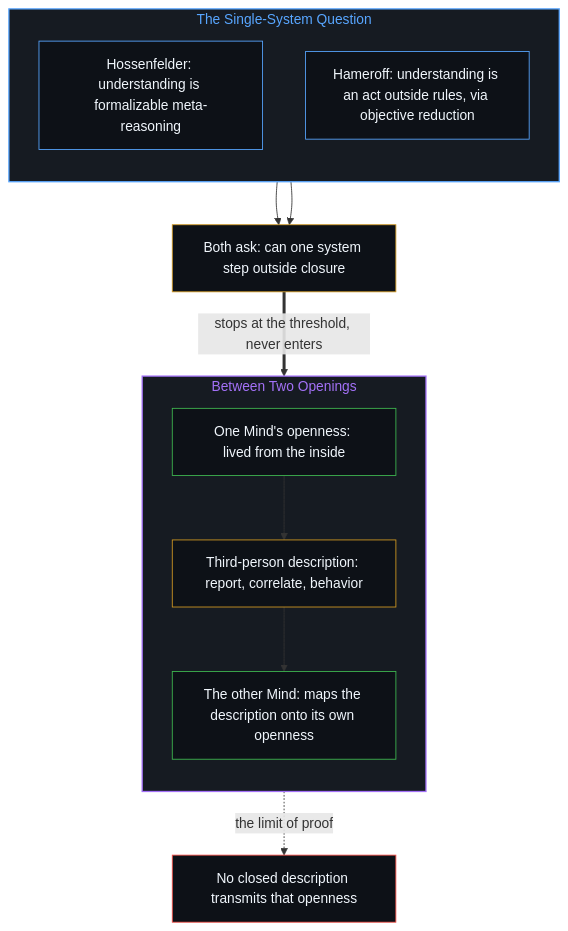
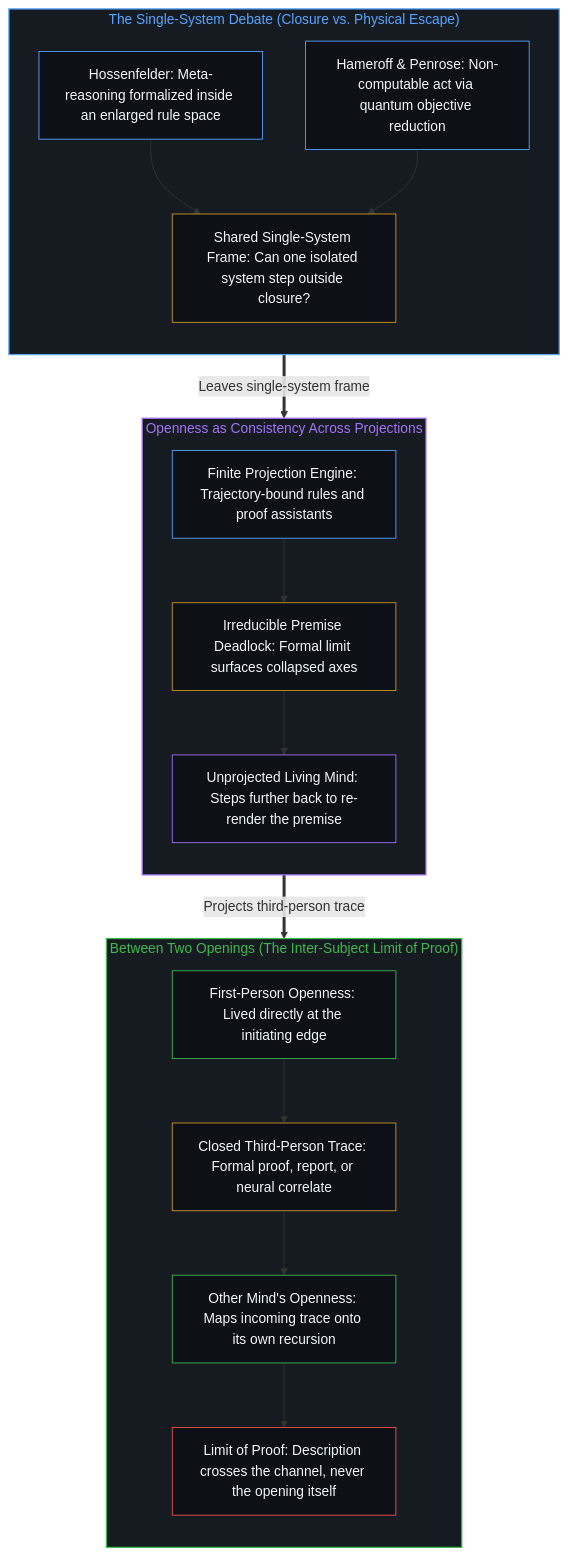
Before and after one commit to powerpig99/not-a-toe: the second of 2 diagrams in content/posts/on-closed-systems-open-minds-and-the-limits-of-proof.md, drawn with Mermaid. The commit also changed other lines of this file and 1 other file, not shown here.

Commit message:
Refine on-closed-systems-open-minds-and-the-limits-of-proof (Wave 3 L2 #132)

````diff
--- a/content/posts/on-closed-systems-open-minds-and-the-limits-of-proof.md
+++ b/content/posts/on-closed-systems-open-minds-and-the-limits-of-proof.md
@@ -90,30 +113,45 @@
 ```mermaid
 flowchart TD
-    subgraph S_One["The Single-System Question"]
+    subgraph S_Single["The Single-System Debate (Closure vs. Physical Escape)"]
         direction TB
-        H1["Hossenfelder: understanding is formalizable meta-reasoning"]
-        H2["Hameroff: understanding is an act outside rules, via objective reduction"]
+        H1["Hossenfelder: Meta-reasoning formalized inside an enlarged rule space"]
+        H2["Hameroff & Penrose: Non-computable act via quantum objective reduction"]
+        Q["Shared Single-System Frame: Can one isolated system step outside closure?"]
+        H1 --> Q
+        H2 --> Q
     end
-    Q["Both ask: can one system step outside closure"]
-    subgraph S_Two["Between Two Openings"]
+
+    subgraph S_Proj["Openness as Consistency Across Projections"]
         direction TB
-        M1["One Mind's openness: lived from the inside"]
-        D["Third-person description: report, correlate, behavior"]
-        M2["The other Mind: maps the description onto its own openness"]
+        P1["Finite Projection Engine: Trajectory-bound rules and proof assistants"]
+        P2["Irreducible Premise Deadlock: Formal limit surfaces collapsed axes"]
+        P3["Unprojected Living Mind: Steps further back to re-render the premise"]
+        P1 --> P2 --> P3
     end
-    L["No closed description transmits that openness"]
-    H1 --> Q
-    H2 --> Q
-    Q ==>|"stops at the threshold, never enters"| S_Two
-    M1 --> D --> M2
-    D -.->|"the limit of proof"| L
-    style S_One fill:#161b22,stroke:#58a6ff,stroke-width:1.5px,color:#58a6ff
-    style S_Two fill:#161b22,stroke:#a371f7,stroke-width:1.5px,color:#a371f7
+
+    subgraph S_Inter["Between Two Openings (The Inter-Subject Limit of Proof)"]
+        direction TB
+        M1["First-Person Openness: Lived directly at the initiating edge"]
+        D["Closed Third-Person Trace: Formal proof, report, or neural correlate"]
+        M2["Other Mind's Openness: Maps incoming trace onto its own recursion"]
+        L["Limit of Proof: Description crosses the channel, never the opening itself"]
+        M1 --> D --> M2 --> L
+    end
+
+    Q ==>|"Leaves single-system frame"| P1
+    P3 ==>|"Projects third-person trace"| M1
+
+    style S_Single fill:#161b22,stroke:#58a6ff,stroke-width:1.5px,color:#58a6ff
+    style S_Proj fill:#161b22,stroke:#a371f7,stroke-width:1.5px,color:#a371f7
+    style S_Inter fill:#161b22,stroke:#3fb950,stroke-width:1.5px,color:#3fb950
     style H1 fill:#0d1117,stroke:#58a6ff,stroke-width:1px,color:#f0f6fc
     style H2 fill:#0d1117,stroke:#58a6ff,stroke-width:1px,color:#f0f6fc
     style Q fill:#0d1117,stroke:#d29922,stroke-width:1px,color:#f0f6fc
+    style P1 fill:#0d1117,stroke:#58a6ff,stroke-width:1px,color:#f0f6fc
+    style P2 fill:#0d1117,stroke:#d29922,stroke-width:1px,color:#f0f6fc
+    style P3 fill:#0d1117,stroke:#a371f7,stroke-width:1px,color:#f0f6fc
     style M1 fill:#0d1117,stroke:#3fb950,stroke-width:1px,color:#f0f6fc
     style D fill:#0d1117,stroke:#d29922,stroke-width:1px,color:#f0f6fc
     style M2 fill:#0d1117,stroke:#3fb950,stroke-width:1px,color:#f0f6fc
     style L fill:#0d1117,stroke:#f85149,stroke-width:1px,color:#f0f6fc
 ```
````
